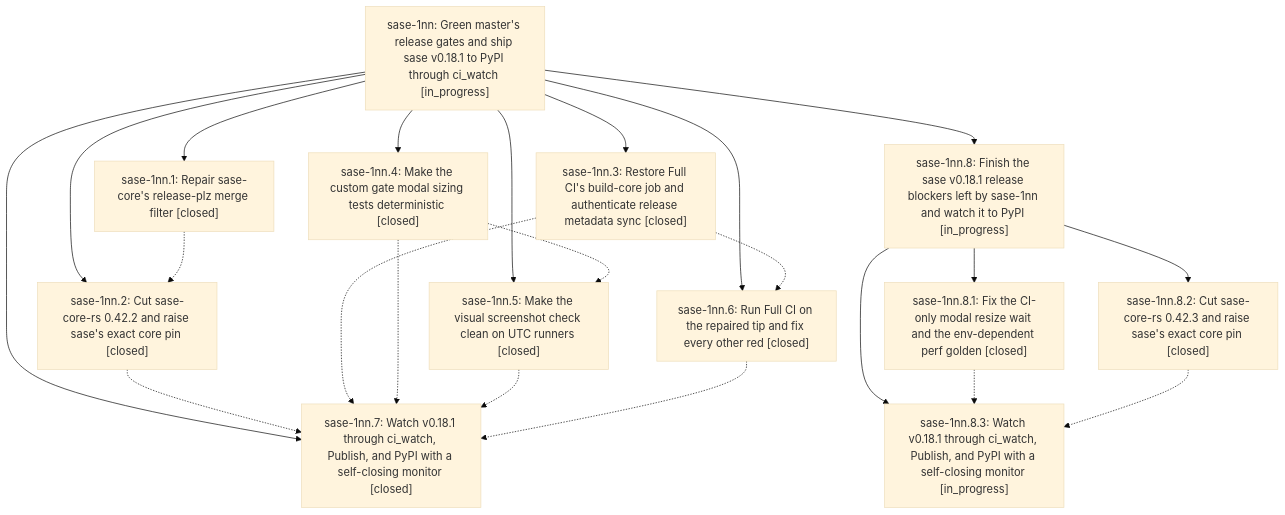
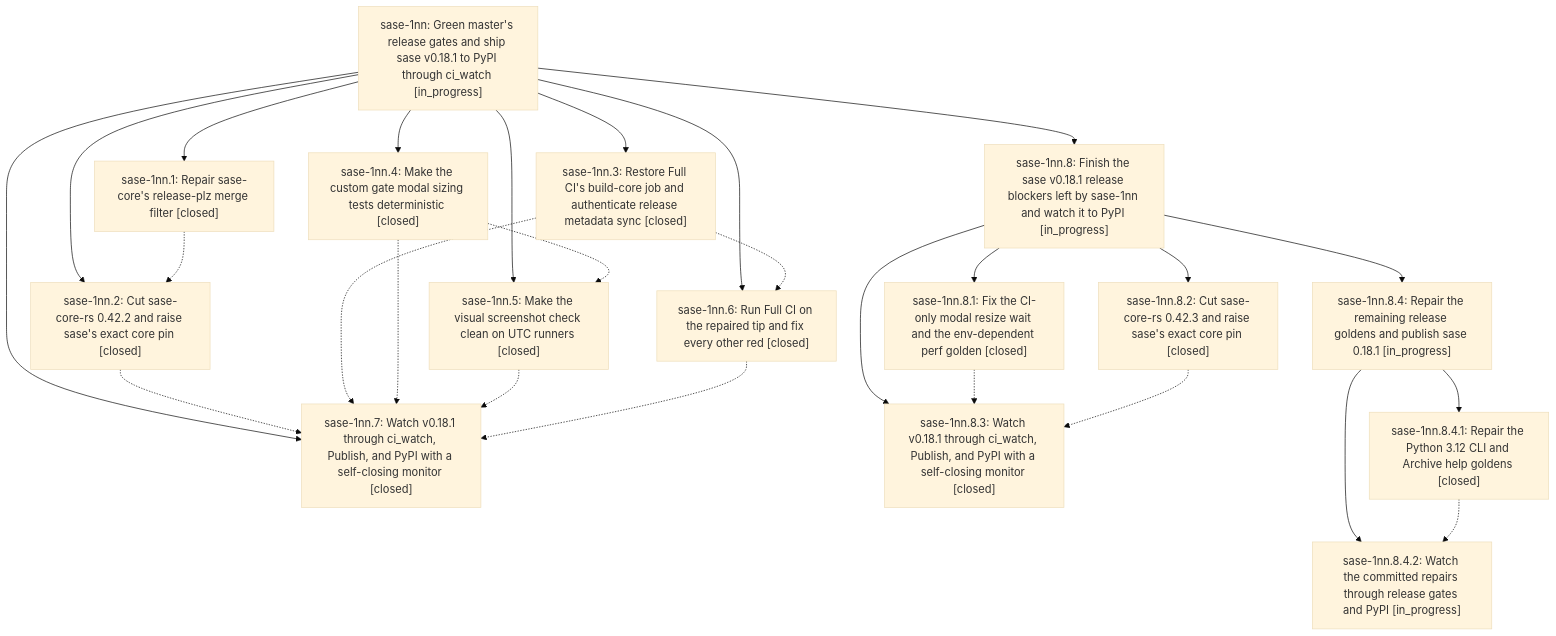
Before and after one commit to sase-org/sase--beads: the diagram in pages/sase-1nn/README.md, drawn with Mermaid (base theme). The commit also changed other lines of this file and 7 other files, not shown here.

````diff
--- a/pages/sase-1nn/README.md
+++ b/pages/sase-1nn/README.md
@@ -65,36 +67,43 @@
 ```mermaid
 flowchart TD
     n0["sase-1nn: Green master's release gates and ship sase v0.18.1 to PyPI through ci_watch [in_progress]"]
     n1["sase-1nn.1: Repair sase-core's release-plz merge filter [closed]"]
     n2["sase-1nn.2: Cut sase-core-rs 0.42.2 and raise sase's exact core pin [closed]"]
     n3["sase-1nn.3: Restore Full CI's build-core job and authenticate release metadata sync [closed]"]
     n4["sase-1nn.4: Make the custom gate modal sizing tests deterministic [closed]"]
     n5["sase-1nn.5: Make the visual screenshot check clean on UTC runners [closed]"]
     n6["sase-1nn.6: Run Full CI on the repaired tip and fix every other red [closed]"]
     n7["sase-1nn.7: Watch v0.18.1 through ci_watch, Publish, and PyPI with a self-closing monitor [closed]"]
     n8["sase-1nn.8: Finish the sase v0.18.1 release blockers left by sase-1nn and watch it to PyPI [in_progress]"]
     n9["sase-1nn.8.1: Fix the CI-only modal resize wait and the env-dependent perf golden [closed]"]
     n10["sase-1nn.8.2: Cut sase-core-rs 0.42.3 and raise sase's exact core pin [closed]"]
-    n11["sase-1nn.8.3: Watch v0.18.1 through ci_watch, Publish, and PyPI with a self-closing monitor [in_progress]"]
+    n11["sase-1nn.8.3: Watch v0.18.1 through ci_watch, Publish, and PyPI with a self-closing monitor [closed]"]
+    n12["sase-1nn.8.4: Repair the remaining release goldens and publish sase 0.18.1 [in_progress]"]
+    n13["sase-1nn.8.4.1: Repair the Python 3.12 CLI and Archive help goldens [closed]"]
+    n14["sase-1nn.8.4.2: Watch the committed repairs through release gates and PyPI [in_progress]"]
     n0 --> n1
     n0 --> n2
     n0 --> n3
     n0 --> n4
     n0 --> n5
     n0 --> n6
     n0 --> n7
     n0 --> n8
     n8 --> n9
     n8 --> n10
     n8 --> n11
+    n8 --> n12
+    n12 --> n13
+    n12 --> n14
     n1 -.-> n2
     n2 -.-> n7
     n3 -.-> n6
     n3 -.-> n7
     n4 -.-> n5
     n4 -.-> n7
     n5 -.-> n7
     n6 -.-> n7
     n9 -.-> n11
     n10 -.-> n11
+    n13 -.-> n14
 ```
````
